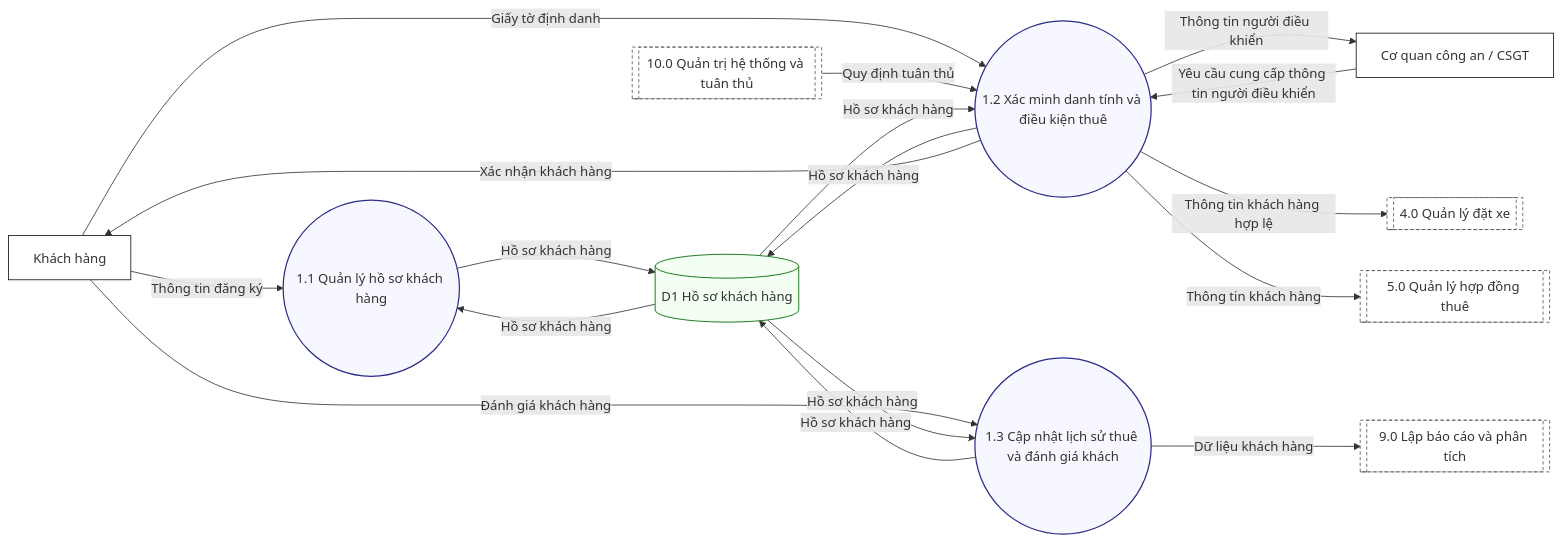
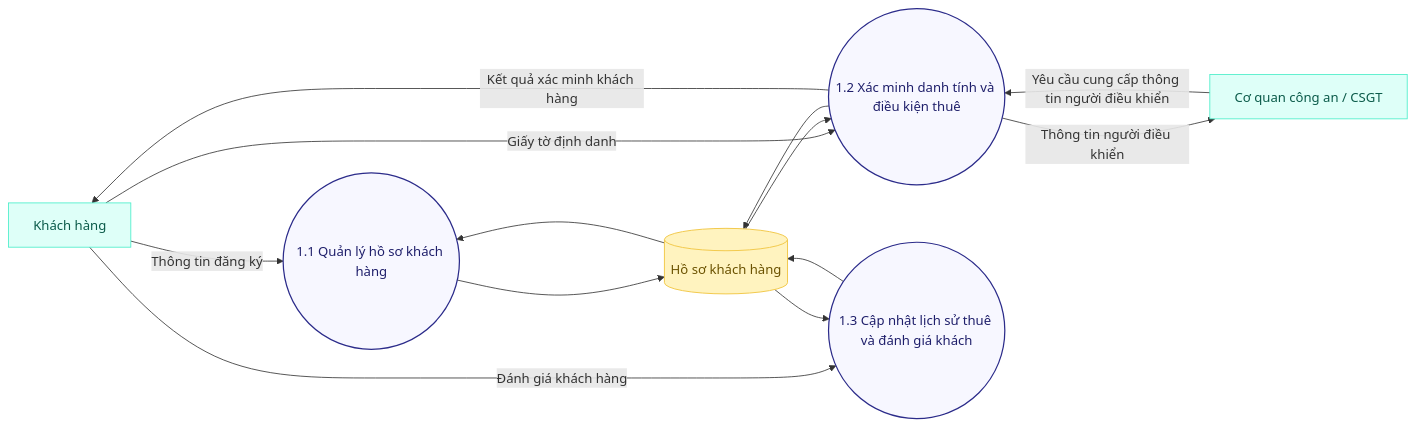
Before and after one commit to TriNguyenThanh/UCar: the diagram in Docs/UML/DFD_1.mmd, drawn with Mermaid. The commit also changed 58 other files, not shown here.

```diff
--- a/Docs/UML/DFD_1.mmd
+++ b/Docs/UML/DFD_1.mmd
@@ -1,40 +1,31 @@
 flowchart LR
-  classDef ext fill:#fff,stroke:#111,stroke-width:1px;
-  classDef proc fill:#f7f7ff,stroke:#2b2b8a,stroke-width:1.5px;
-  classDef store fill:#f3fff3,stroke:#1f7a1f,stroke-width:1.2px;
-  classDef internal fill:#fff,stroke:#555,stroke-width:1px,stroke-dasharray: 4 3;
+  classDef ext fill:#DEFFF8,stroke:#46EDC8,stroke-width:1px,color:#0b5b4a;
+  classDef proc fill:#f7f7ff,stroke:#2b2b8a,stroke-width:1.5px,color:#1f1f6b;
+  classDef store fill:#FFF3BF,stroke:#F2C94C,stroke-width:1.2px,color:#6b5200;
 
   KH[Khách hàng]:::ext
   CA[Cơ quan công an / CSGT]:::ext
 
-  P4i[[4.0 Quản lý đặt xe]]:::internal
-  P5i[[5.0 Quản lý hợp đồng thuê]]:::internal
-  P9i[[9.0 Lập báo cáo và phân tích]]:::internal
-  P10i[[10.0 Quản trị hệ thống và tuân thủ]]:::internal
 
-  D1[(D1 Hồ sơ khách hàng)]:::store
+  D1[(Hồ sơ khách hàng)]:::store
 
   P11((1.1 Quản lý hồ sơ khách hàng)):::proc
   P12((1.2 Xác minh danh tính và điều kiện thuê)):::proc
   P13((1.3 Cập nhật lịch sử thuê và đánh giá khách)):::proc
 
   KH -->|Thông tin đăng ký| P11
-  P11 -->|Hồ sơ khách hàng| D1
-  D1 -->|Hồ sơ khách hàng| P11
+  P11 --> D1
+  D1 --> P11
 
   KH -->|Giấy tờ định danh| P12
-  P10i -->|Quy định tuân thủ| P12
-  D1 -->|Hồ sơ khách hàng| P12
-  P12 -->|Hồ sơ khách hàng| D1
+  D1 --> P12
+  P12 --> D1
 
   KH -->|Đánh giá khách hàng| P13
-  D1 -->|Hồ sơ khách hàng| P13
-  P13 -->|Hồ sơ khách hàng| D1
+  D1 --> P13
+  P13 --> D1
 
   CA -->|Yêu cầu cung cấp thông tin người điều khiển| P12
   P12 -->|Thông tin người điều khiển| CA
 
-  P12 -->|Xác nhận khách hàng| KH
-  P12 -->|Thông tin khách hàng hợp lệ| P4i
-  P12 -->|Thông tin khách hàng| P5i
-  P13 -->|Dữ liệu khách hàng| P9i
+  P12 -->|Kết quả xác minh khách hàng| KH
```
